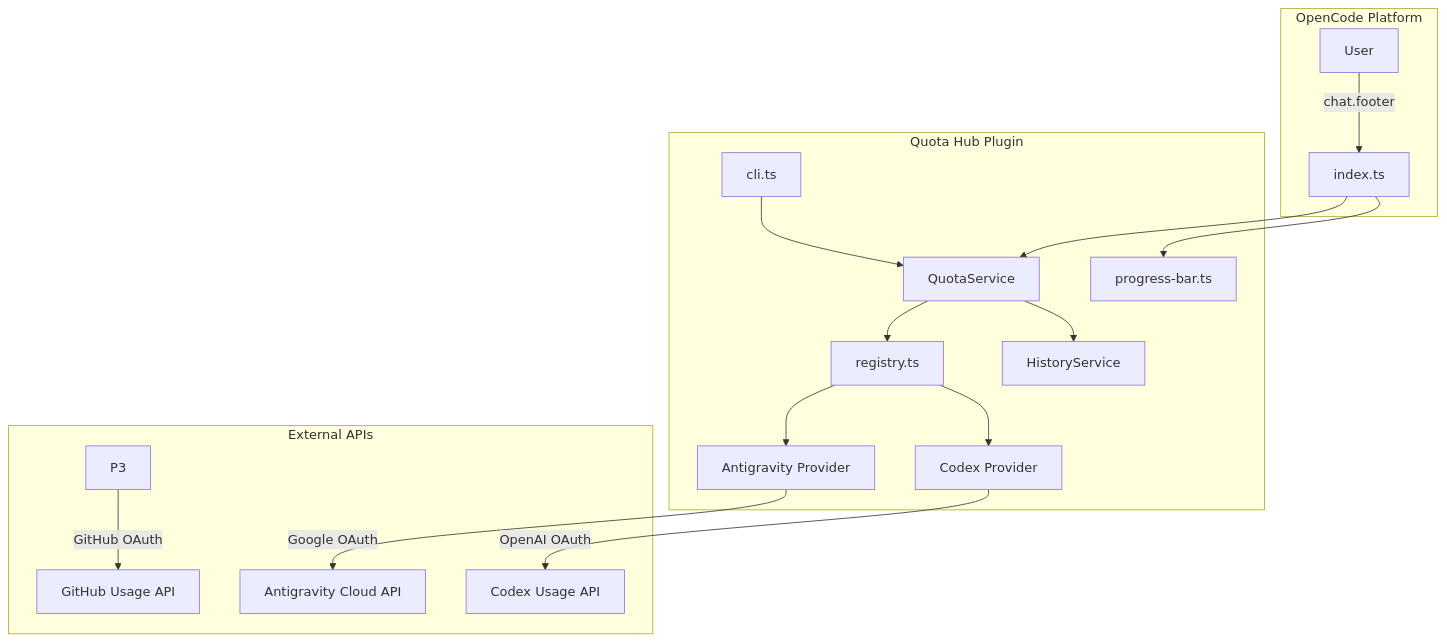
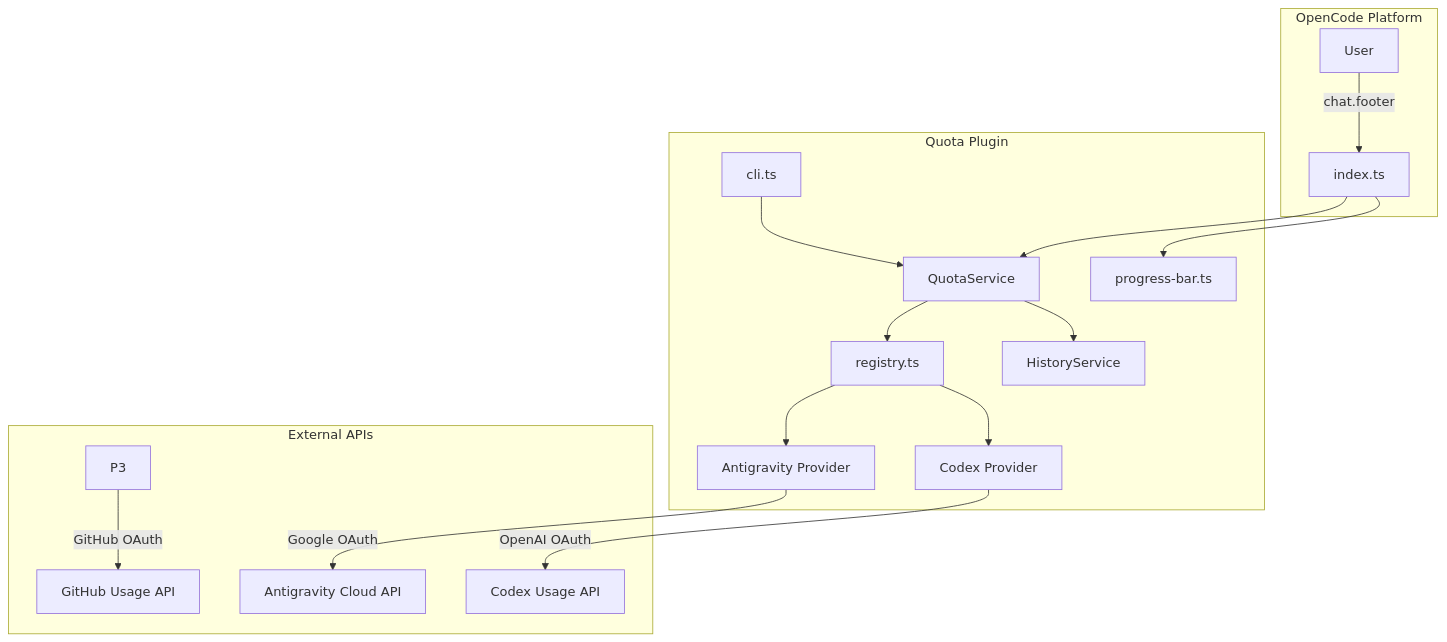
One commit to PhilippPolterauer/opencode-quotas changed the diagram in DESIGN.md. Above: the diagram before and after it, drawn with Mermaid. The commit also changed other lines of this file and 2 other files, not shown here.

First line of the commit message:
docs: clarify plugin identity and footer injection features

````diff
--- a/DESIGN.md
+++ b/DESIGN.md
@@ -34,22 +34,22 @@
 ```mermaid
 graph TD
     subgraph OpenCode Platform
         User -->|chat.footer| Main
     end
 
-    subgraph Quota Hub Plugin
+    subgraph Quota Plugin
         Main[index.ts] --> Service[QuotaService]
         CLI[cli.ts] --> Service
         Service --> Registry[registry.ts]
         Service --> History[HistoryService]
         Registry --> P1[Antigravity Provider]
         Registry --> P2[Codex Provider]
         Main --> PB[progress-bar.ts]
     end
 
     subgraph External APIs
         P1 -->|Google OAuth| AG_API[Antigravity Cloud API]
         P2 -->|OpenAI OAuth| CX_API[Codex Usage API]
         P3 -->|GitHub OAuth| GH_API[GitHub Usage API]
     end
 ```
````
